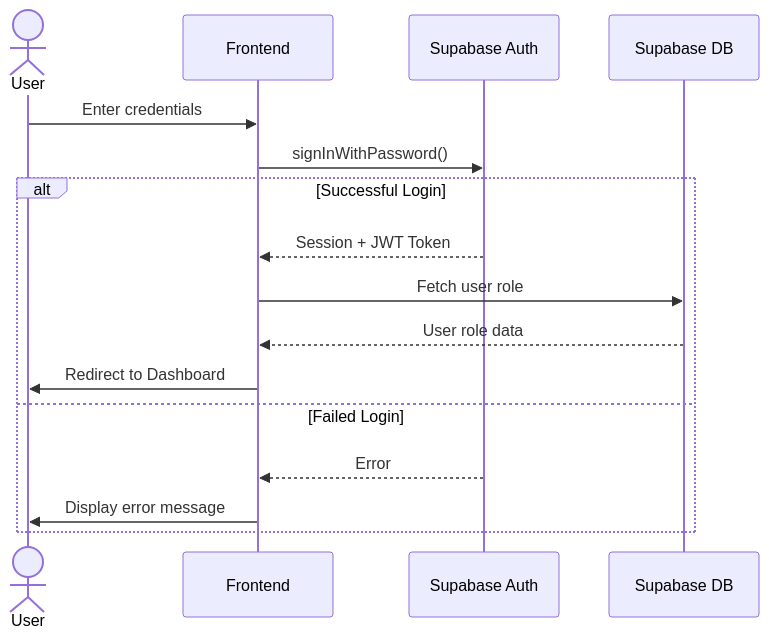
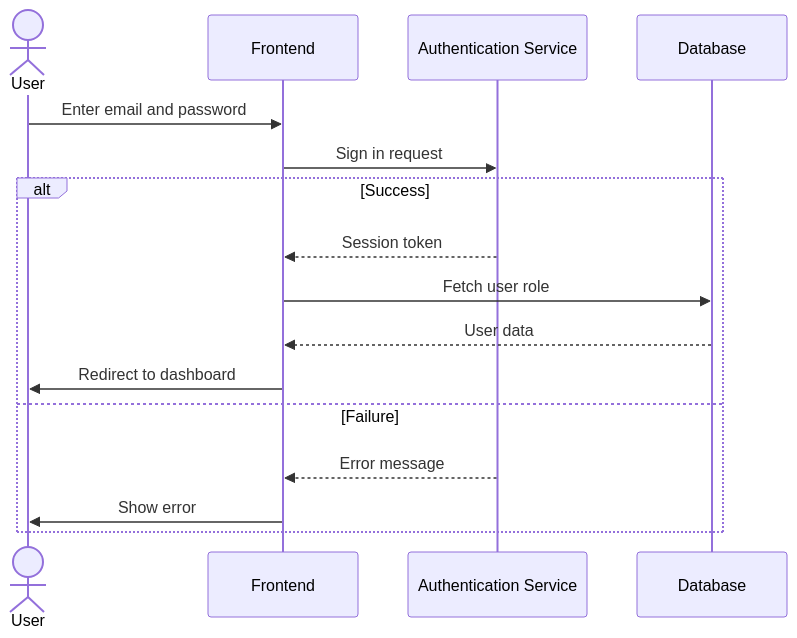
One commit to Andy-Alferdo/reddit-sleuth-forensics-web changed the third of 3 diagrams in diagrams/sequence-diagram.md. Above: the diagram before and after it, drawn with Mermaid. The commit also changed other lines of this file and 3 other files, not shown here.

Commit message:
Fix diagram code

````diff
--- a/diagrams/sequence-diagram.md
+++ b/diagrams/sequence-diagram.md
@@ -98,20 +73,20 @@
 ```mermaid
 sequenceDiagram
     actor User
     participant Frontend
-    participant SupabaseAuth as Supabase Auth
-    participant Database as Supabase DB
+    participant Auth as Authentication Service
+    participant DB as Database
     
-    User->>Frontend: Enter credentials
-    Frontend->>SupabaseAuth: signInWithPassword()
+    User->>Frontend: Enter email and password
+    Frontend->>Auth: Sign in request
     
-    alt Successful Login
-        SupabaseAuth-->>Frontend: Session + JWT Token
-        Frontend->>Database: Fetch user role
-        Database-->>Frontend: User role data
-        Frontend->>User: Redirect to Dashboard
-    else Failed Login
-        SupabaseAuth-->>Frontend: Error
-        Frontend->>User: Display error message
+    alt Success
+        Auth-->>Frontend: Session token
+        Frontend->>DB: Fetch user role
+        DB-->>Frontend: User data
+        Frontend->>User: Redirect to dashboard
+    else Failure
+        Auth-->>Frontend: Error message
+        Frontend->>User: Show error
     end
 ```
````
